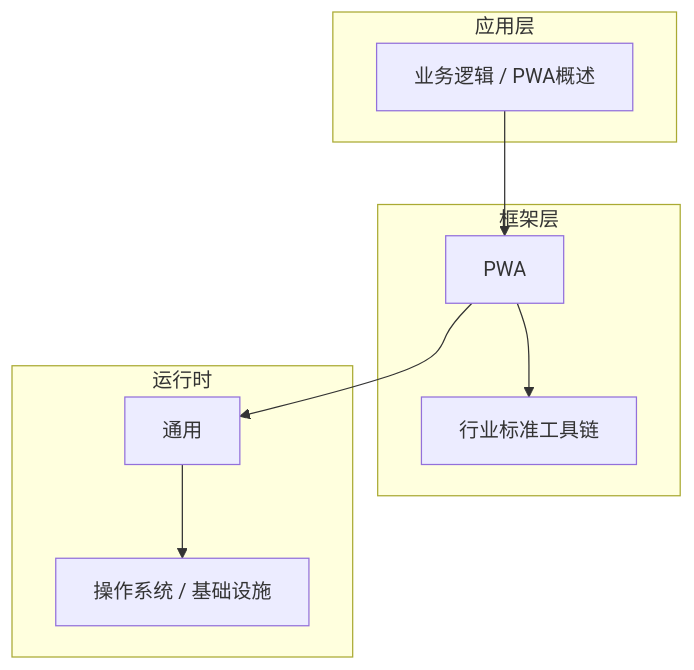
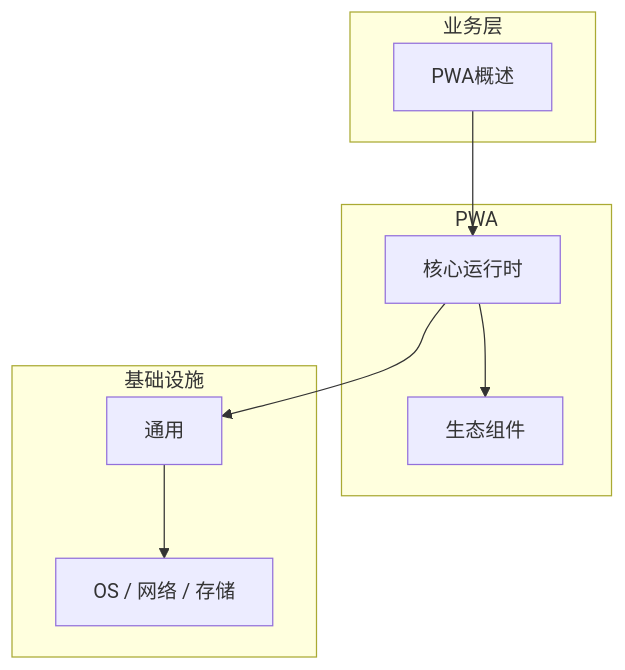
The diagram in articles/PWA/chapters/001-PWA概述核心概念与原理.md (yanggan2015/knowledge-json-v2), drawn with Mermaid before and after one commit. The commit also changed other lines of this file and 10127 other files, not shown here.

````diff
--- a/articles/PWA/chapters/001-PWA概述核心概念与原理.md
+++ b/articles/PWA/chapters/001-PWA概述核心概念与原理.md
@@ -45,18 +34,18 @@
 ```mermaid
 graph TB
-    subgraph 应用层
-        A[业务逻辑 / PWA概述]
+    subgraph 业务层
+        A[PWA概述]
     end
-    subgraph 框架层
-        B[PWA]
-        C[行业标准工具链]
+    subgraph PWA
+        B[核心运行时]
+        C[生态组件]
     end
-    subgraph 运行时
+    subgraph 基础设施
         D[通用]
-        E[操作系统 / 基础设施]
+        E[OS / 网络 / 存储]
     end
     A --> B
     B --> C
     B --> D
     D --> E
 ```
````
